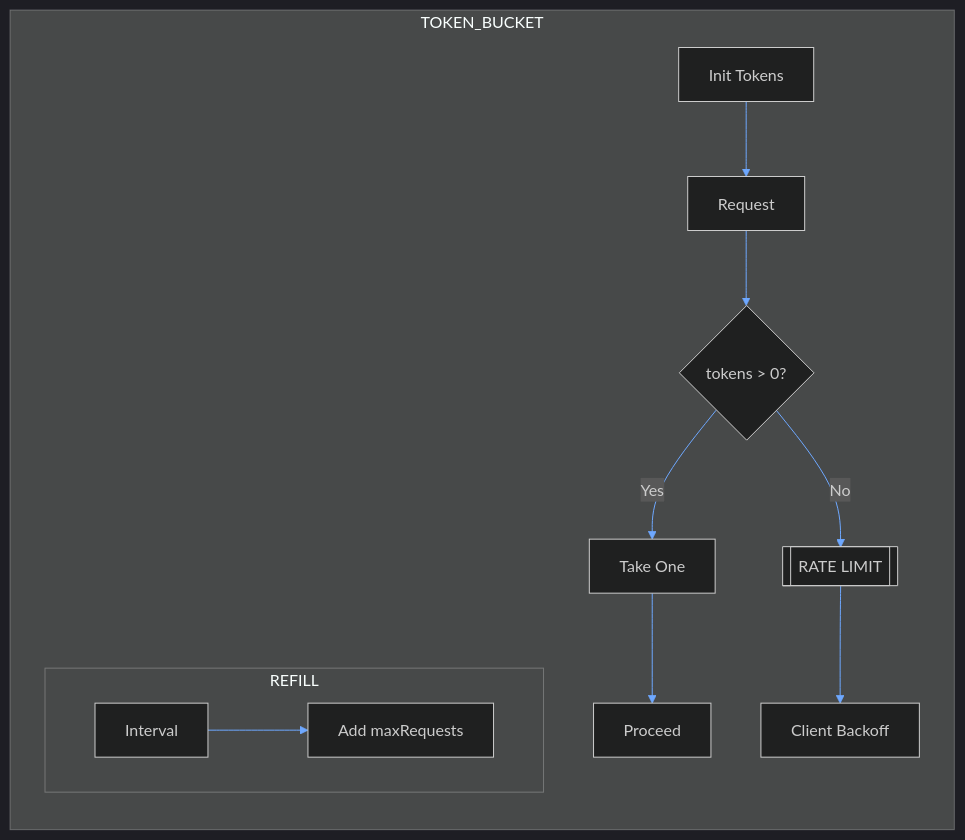
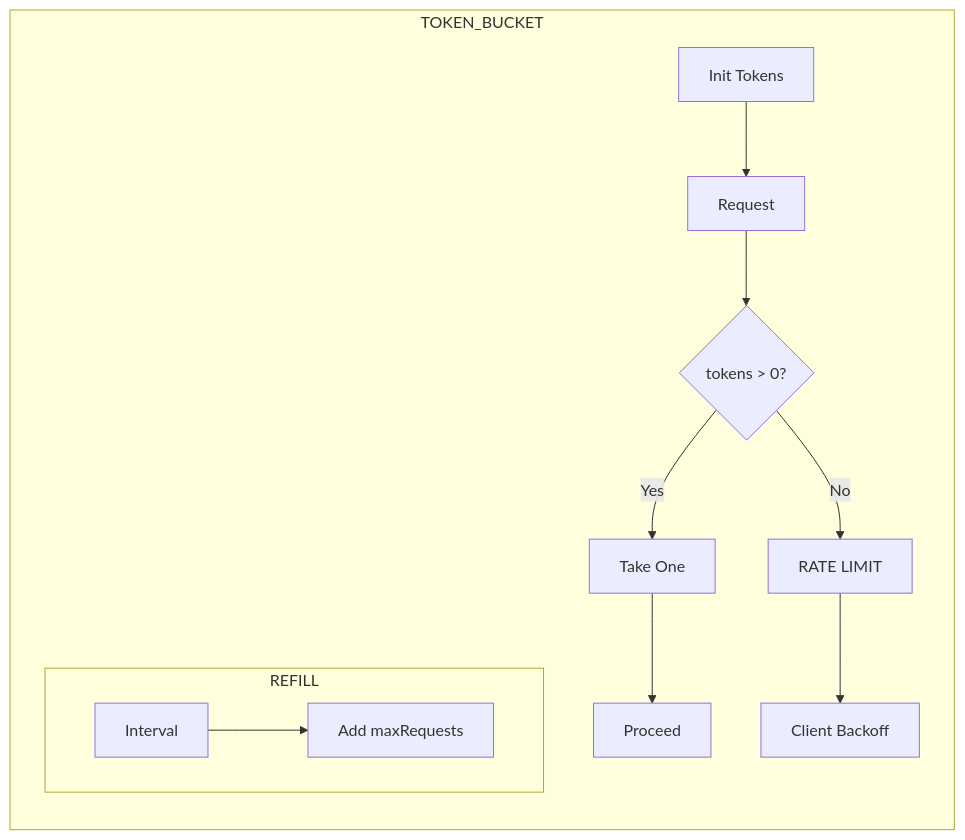
The fourth of 11 diagrams in docs/ARCHITECTURE.md (jagilber-org/powershell-mcp-server), drawn with Mermaid before and after one commit. The commit also changed other lines of this file and 52 other files, not shown here.

````diff
--- a/docs/ARCHITECTURE.md
+++ b/docs/ARCHITECTURE.md
@@ -150,15 +146,14 @@
 ```mermaid
-%%{init: {"theme":"dark","themeVariables": {"primaryColor": "#1e2730","primaryTextColor":"#e6f1ff","primaryBorderColor":"#c9d1d9","lineColor":"#6ea8ff","secondaryColor":"#2a3542","tertiaryColor":"#16202a"}}}%%
 flowchart LR
     subgraph TOKEN_BUCKET
         START[Init Tokens] --> USE[Request]
         USE --> CHECK{tokens > 0?}
-        CHECK -->|No| DENY[[RATE LIMIT]]
+        CHECK -->|No| DENY[RATE LIMIT]
         CHECK -->|Yes| CONSUME[Take One]
         CONSUME --> ALLOW[Proceed]
         DENY --> WAIT[Client Backoff]
         subgraph REFILL
             TICK[Interval] --> REFILLSTEP[Add maxRequests]
         end
     end
 ```
````
